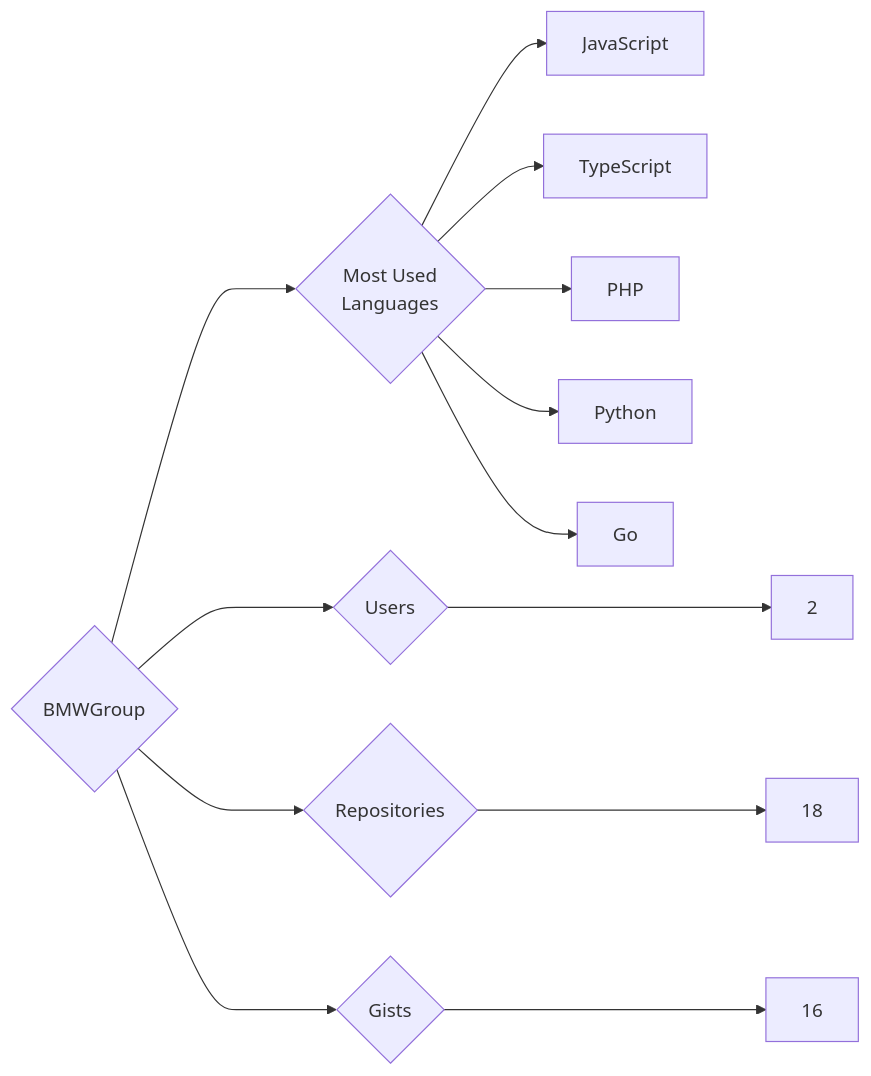
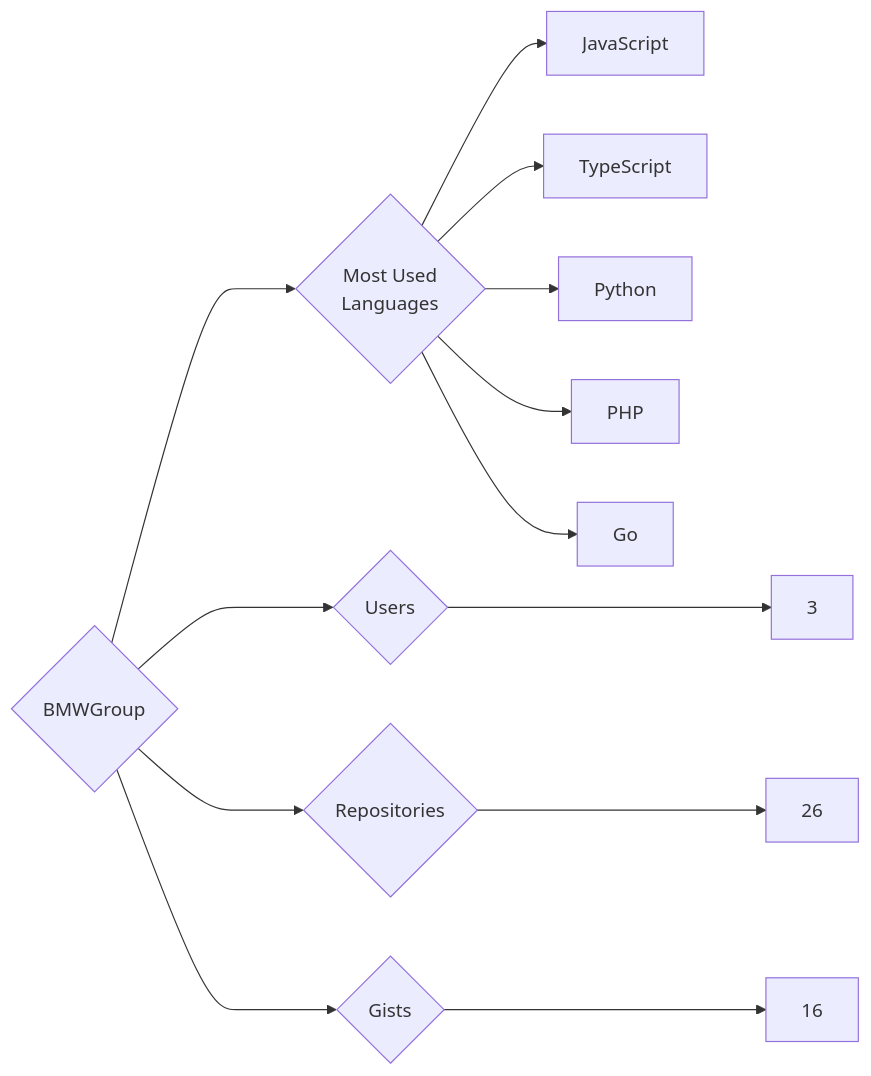
The diagram in targets/BMWGroup/README.md (trickest/insiders), drawn with Mermaid before and after one commit. The commit also changed 1007 other files, not shown here.

````diff
--- a/targets/BMWGroup/README.md
+++ b/targets/BMWGroup/README.md
@@ -3,13 +3,13 @@
 ```mermaid
 graph LR
 COMPANY_NAME{BMWGroup}
-COMPANY_NAME ---> U{Users} ---> UN[2]
-COMPANY_NAME ---> R{Repositories} ---> RN[18]
+COMPANY_NAME ---> U{Users} ---> UN[3]
+COMPANY_NAME ---> R{Repositories} ---> RN[26]
 COMPANY_NAME ---> G{Gists} ---> GN[16]
 COMPANY_NAME ---> ML{Most Used<br>Languages}
 ML --> JavaScript[JavaScript]
 ML --> TypeScript[TypeScript]
+ML --> Python[Python]
 ML --> PHP[PHP]
-ML --> Python[Python]
 ML --> Go[Go]
 ```
````
